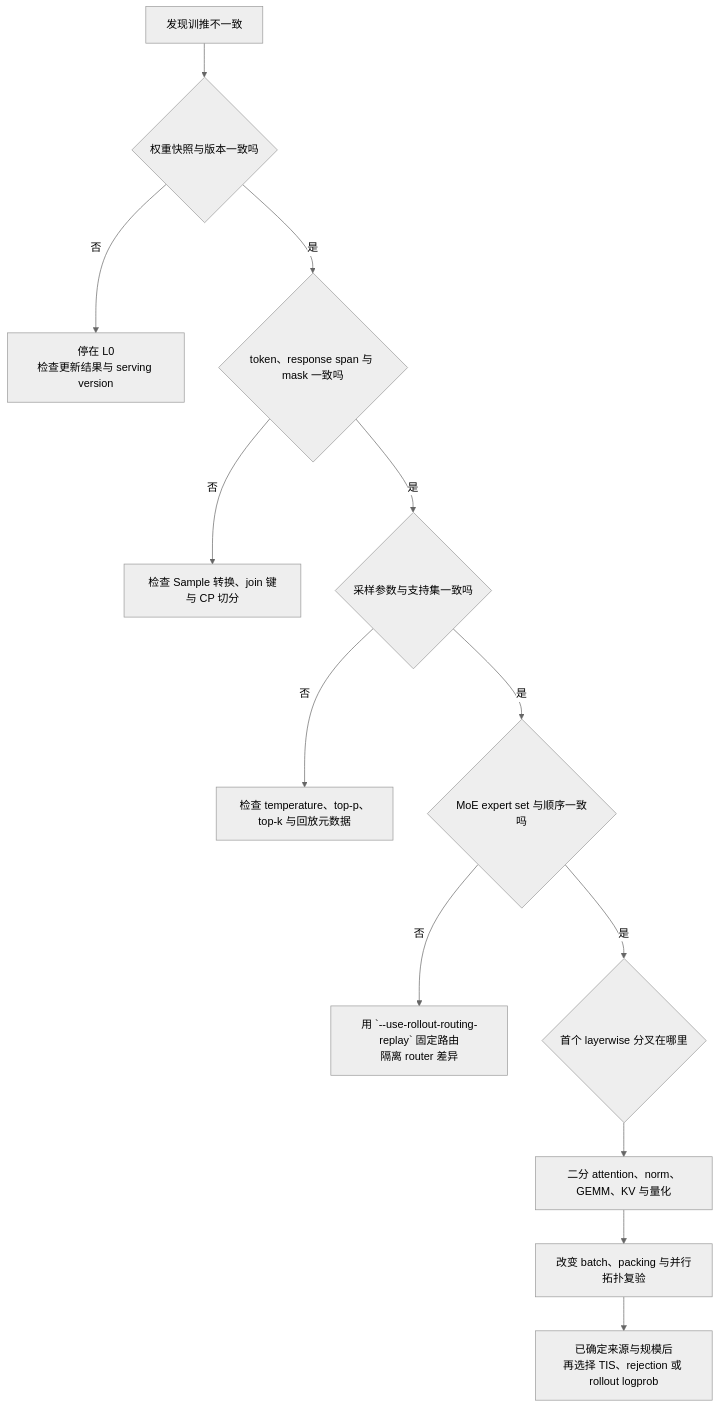
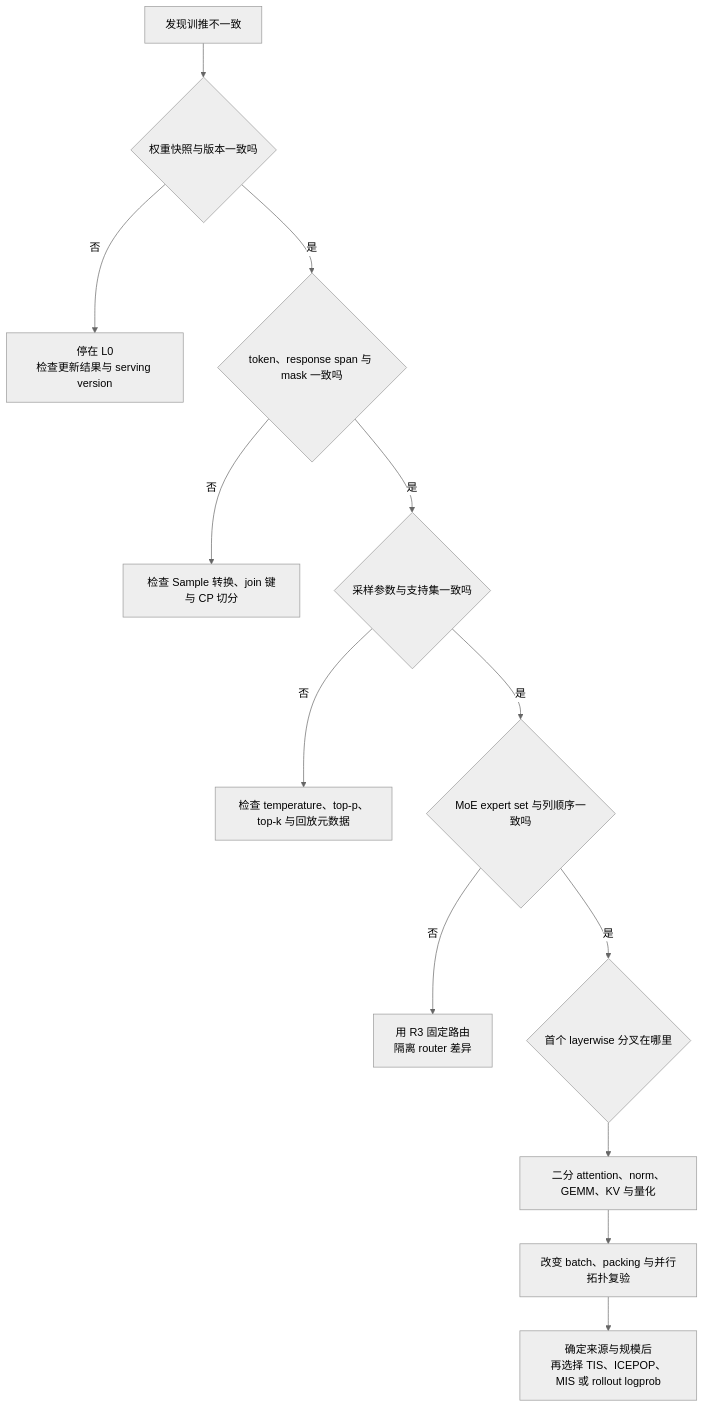
One commit to suhaibo666/llm-knowledge changed the fourth of 4 diagrams in wiki/02_engineering/04_posttrain_frameworks/slime/17_slime_train_inference_consistency_analysis.md. Above: the diagram before and after it, drawn with Mermaid (neutral theme). The commit also changed other lines of this file and 89 other files, not shown here.

````diff
--- a/wiki/02_engineering/04_posttrain_frameworks/slime/17_slime_train_inference_consistency_analysis.md
+++ b/wiki/02_engineering/04_posttrain_frameworks/slime/17_slime_train_inference_consistency_analysis.md
@@ -333,15 +363,15 @@
 ```mermaid
 flowchart TD
     A["发现训推不一致"] --> W{"权重快照与版本一致吗"}
     W -->|否| W0["停在 L0<br/>检查更新结果与 serving version"]
     W -->|是| I{"token、response span 与 mask 一致吗"}
     I -->|否| I0["检查 Sample 转换、join 键与 CP 切分"]
     I -->|是| S{"采样参数与支持集一致吗"}
     S -->|否| S0["检查 temperature、top-p、top-k 与回放元数据"]
-    S -->|是| R{"MoE expert set 与顺序一致吗"}
-    R -->|否| R0["用 `--use-rollout-routing-replay` 固定路由<br/>隔离 router 差异"]
+    S -->|是| R{"MoE expert set 与列顺序一致吗"}
+    R -->|否| R0["用 R3 固定路由<br/>隔离 router 差异"]
     R -->|是| K{"首个 layerwise 分叉在哪里"}
     K --> K0["二分 attention、norm、GEMM、KV 与量化"]
     K0 --> P["改变 batch、packing 与并行拓扑复验"]
-    P --> C["已确定来源与规模后<br/>再选择 TIS、rejection 或 rollout logprob"]
+    P --> C["确定来源与规模后<br/>再选择 TIS、ICEPOP、MIS 或 rollout logprob"]
 ```
````
